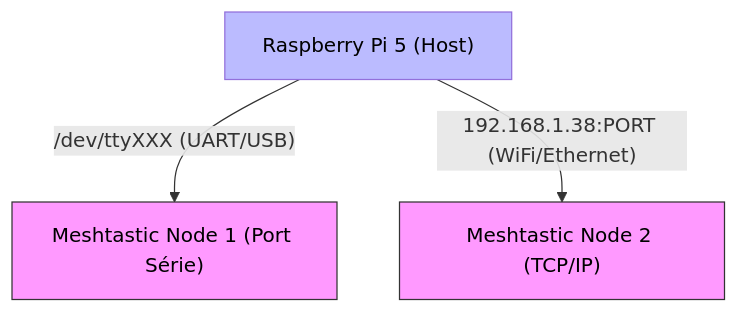
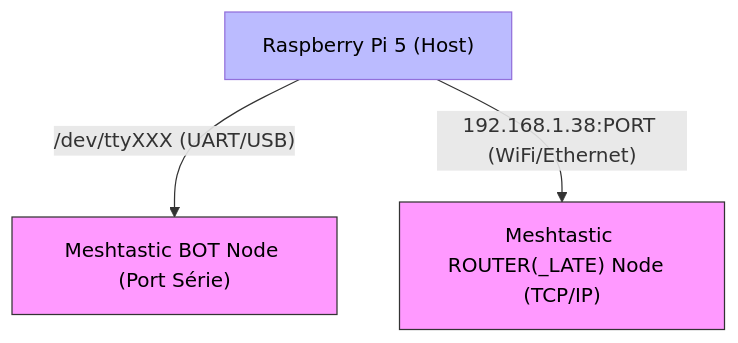
One commit to Tigro14/meshbot changed the diagram in README.md. Above: the diagram before and after it, drawn with Mermaid.

Commit message:
readme_cleanup

````diff
--- a/README.md
+++ b/README.md
@@ -9,16 +9,16 @@
 ```mermaid
 graph TD
     %% Styles
     classDef node fill:#f9f,color:#000
     classDef rpi fill:#bbf,color:#000
     classDef connection stroke:#333,color:#000
 
     %% Nodes
     RPi5["Raspberry Pi 5 (Host)"]:::rpi
-    Meshtastic-bot["Meshtastic Node 1 (Port Série)"]:::node
-    Meshtastic-router["Meshtastic Node 2 (TCP/IP)"]:::node
+    Meshtastic-bot["Meshtastic BOT Node (Port Série)"]:::node
+    Meshtastic-router["Meshtastic ROUTER(_LATE) Node  (TCP/IP)"]:::node
 
     %% Connections
     RPi5 -- "/dev/ttyXXX (UART/USB)" --> Meshtastic-bot:::connection
     RPi5 -- "192.168.1.38:PORT (WiFi/Ethernet)" --> Meshtastic-router:::connection
 ```
````
